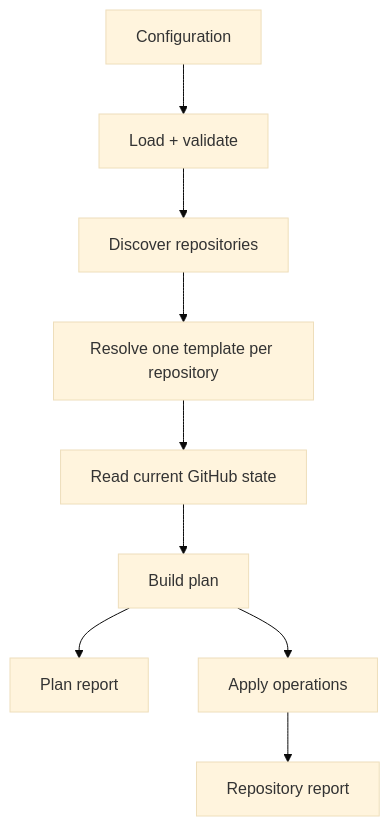
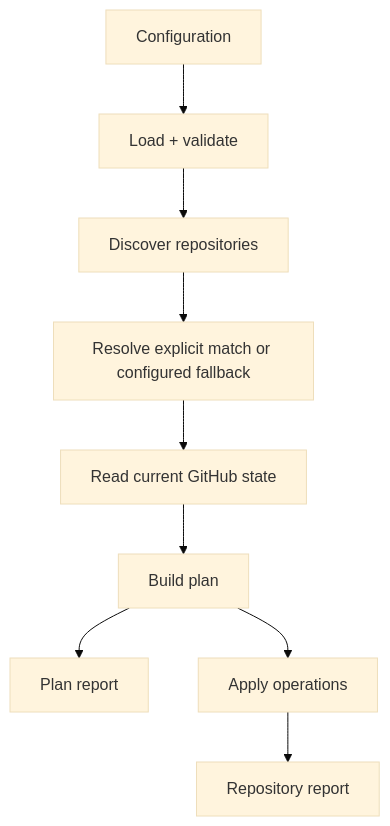
One commit to Kralizek/octosmith changed the diagram in docs/architecture.md. Above: the diagram before and after it, drawn with Mermaid (base theme). The commit also changed 25 other files, not shown here.

Commit message:
Add fallback repository template policy (#117)

````diff
--- a/docs/architecture.md
+++ b/docs/architecture.md
@@ -36,16 +36,16 @@
 ```mermaid
 flowchart TD
     configuration["Configuration"]
     load["Load + validate"]
     discover["Discover repositories"]
-    resolve["Resolve one template per repository"]
+    resolve["Resolve explicit match or configured fallback"]
     current["Read current GitHub state"]
     plan["Build plan"]
     report["Plan report"]
     apply["Apply operations"]
     repositoryReport["Repository report"]
 
     configuration --> load --> discover --> resolve --> current --> plan
     plan --> report
     plan --> apply --> repositoryReport
 ```
````
